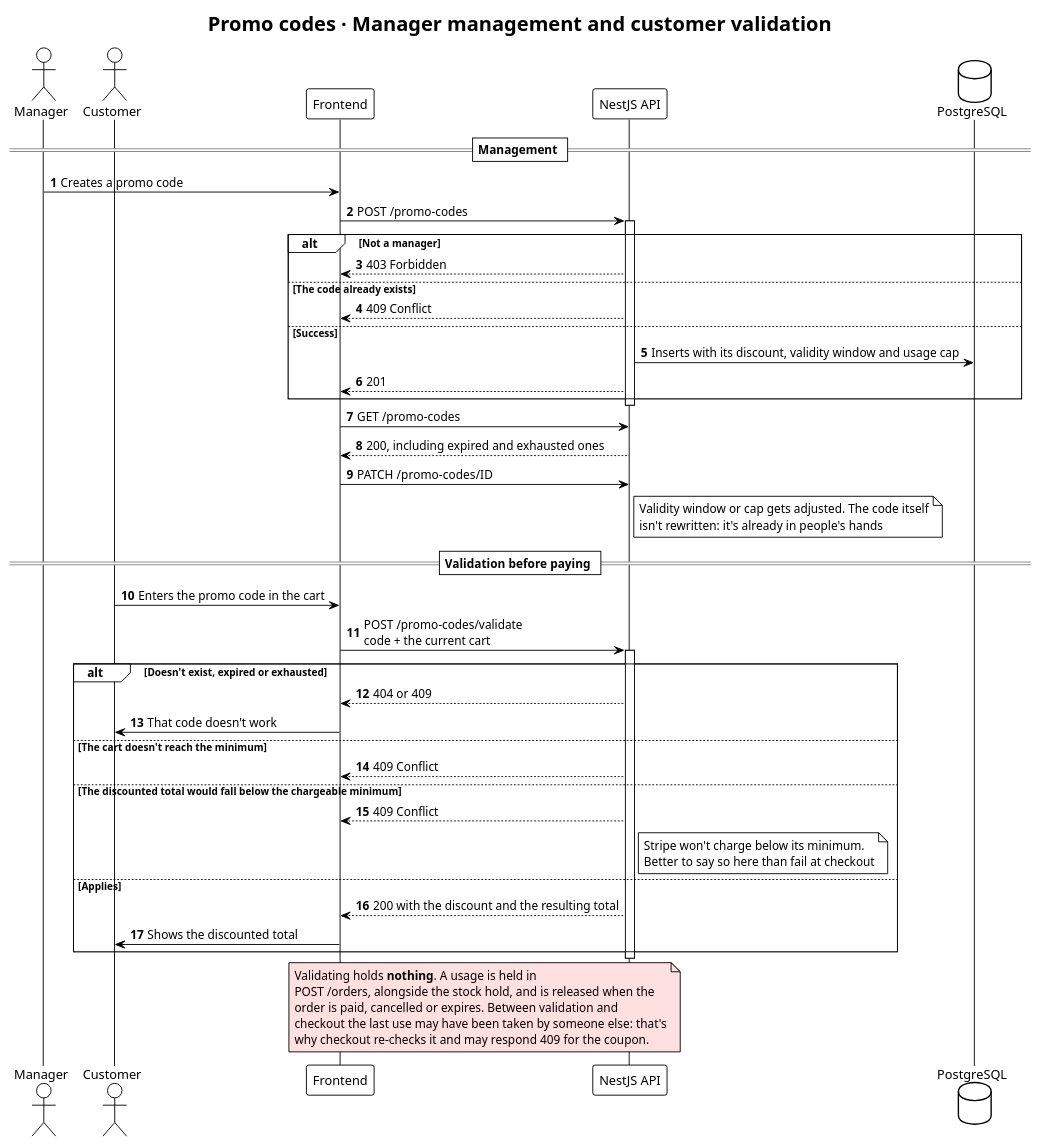
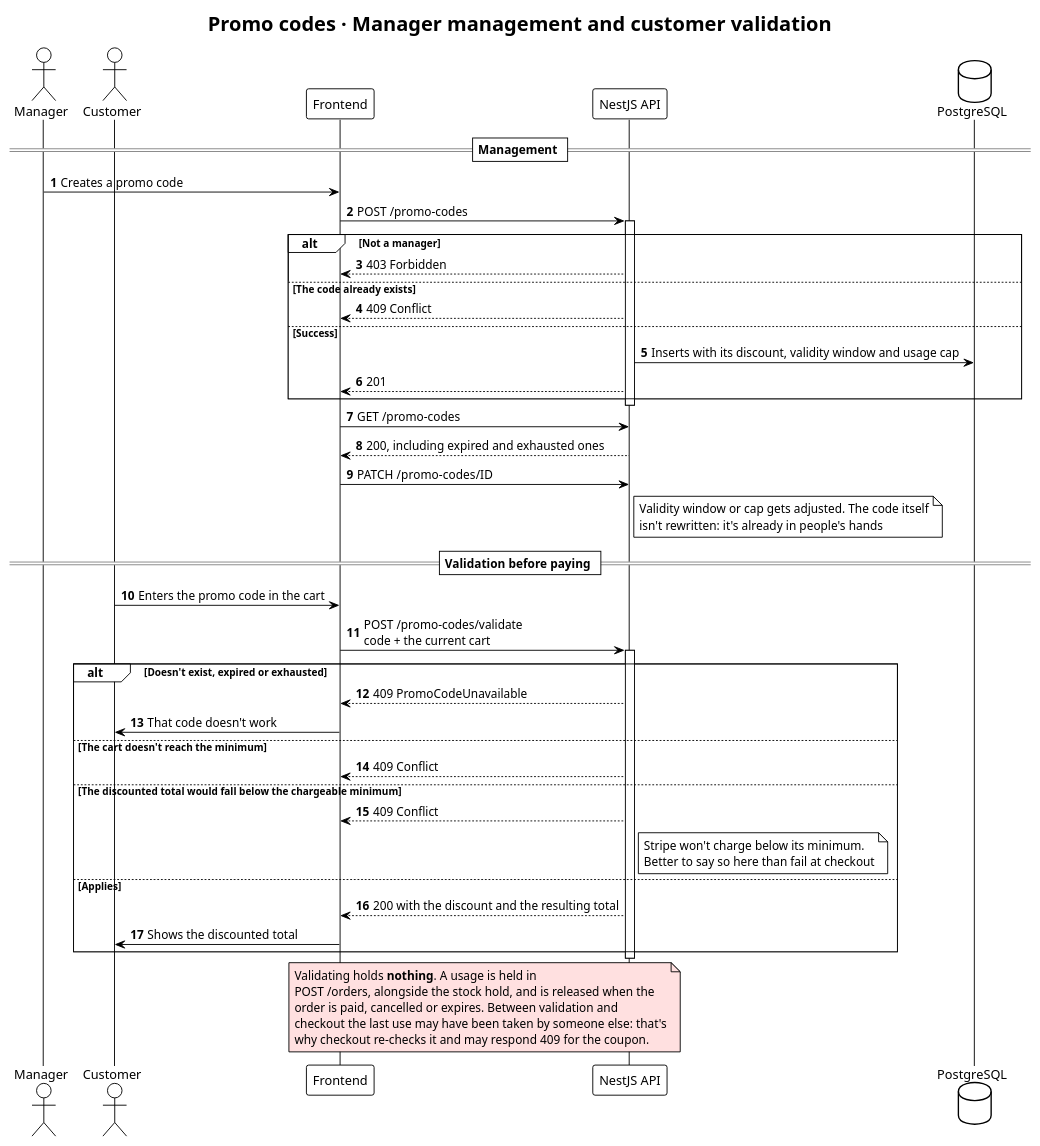
Before and after one commit to fabianespinoza-ravn/tshirt-store-api: the diagram in docs/flows/11-promo-codes.puml, drawn with PlantUML. The commit also changed 28 other files, not shown here.

First line of the commit message:
feat(promotions): implement promo code lifecycle (#49)

```diff
--- a/docs/flows/11-promo-codes.puml
+++ b/docs/flows/11-promo-codes.puml
@@ -1,57 +1,57 @@
 @startuml
 !theme plain
 title Promo codes · Manager management and customer validation
 autonumber
 skinparam responseMessageBelowArrow true
 
 actor "Manager" as MG
 actor "Customer" as U
 participant "Frontend" as F
 participant "NestJS API" as A
 database "PostgreSQL" as DB
 
 == Management ==
 MG -> F : Creates a promo code
 F -> A : POST /promo-codes
 activate A
 alt Not a manager
   A --> F : 403 Forbidden
 else The code already exists
   A --> F : 409 Conflict
 else Success
   A -> DB : Inserts with its discount, validity window and usage cap
   A --> F : 201
 end
 deactivate A
 F -> A : GET /promo-codes
 A --> F : 200, including expired and exhausted ones
 F -> A : PATCH /promo-codes/ID
 note right of A : Validity window or cap gets adjusted. The code itself\nisn't rewritten: it's already in people's hands
 
 == Validation before paying ==
 U -> F : Enters the promo code in the cart
 F -> A : POST /promo-codes/validate\ncode + the current cart
 activate A
 alt Doesn't exist, expired or exhausted
-  A --> F : 404 or 409
+  A --> F : 409 PromoCodeUnavailable
   F -> U : That code doesn't work
 else The cart doesn't reach the minimum
   A --> F : 409 Conflict
 else The discounted total would fall below the chargeable minimum
   A --> F : 409 Conflict
   note right of A : Stripe won't charge below its minimum.\nBetter to say so here than fail at checkout
 else Applies
   A --> F : 200 with the discount and the resulting total
   F -> U : Shows the discounted total
 end
 deactivate A
 
 note over F, A #ffe0e0
   Validating holds **nothing**. A usage is held in
   POST /orders, alongside the stock hold, and is released when the
   order is paid, cancelled or expires. Between validation and
   checkout the last use may have been taken by someone else: that's
   why checkout re-checks it and may respond 409 for the coupon.
 end note
 
 @enduml
```
